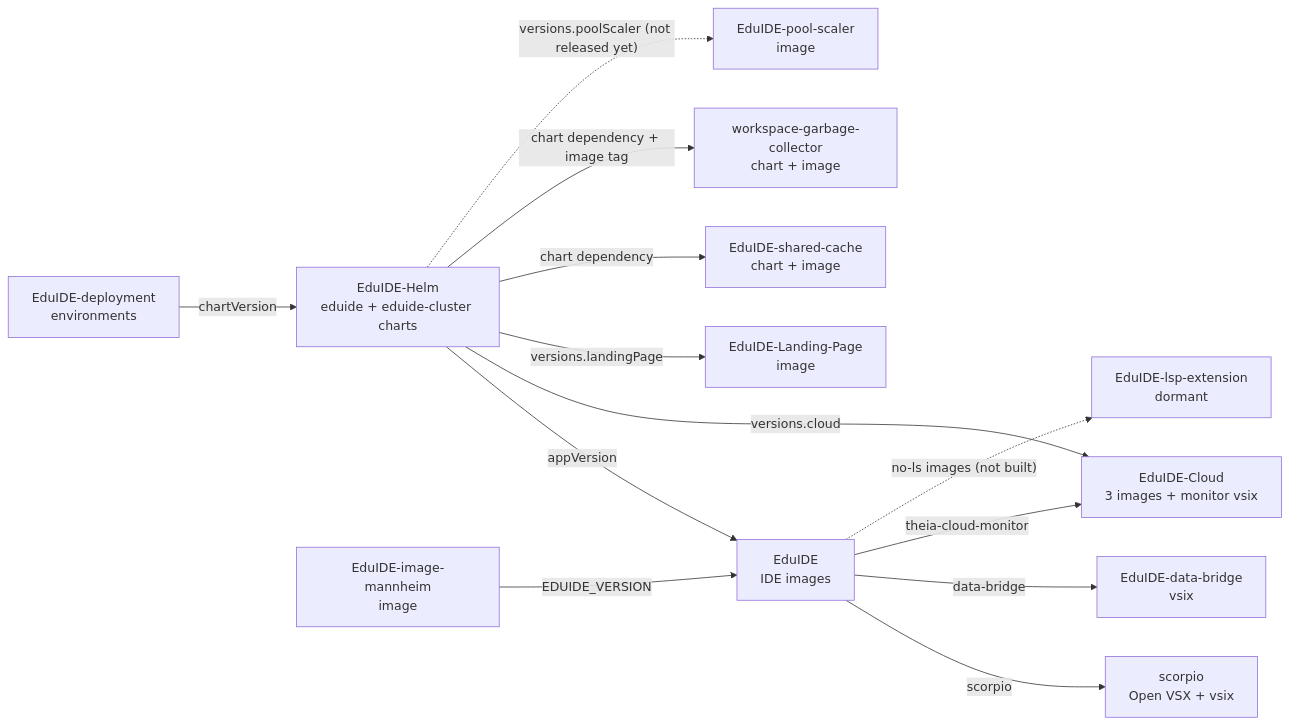
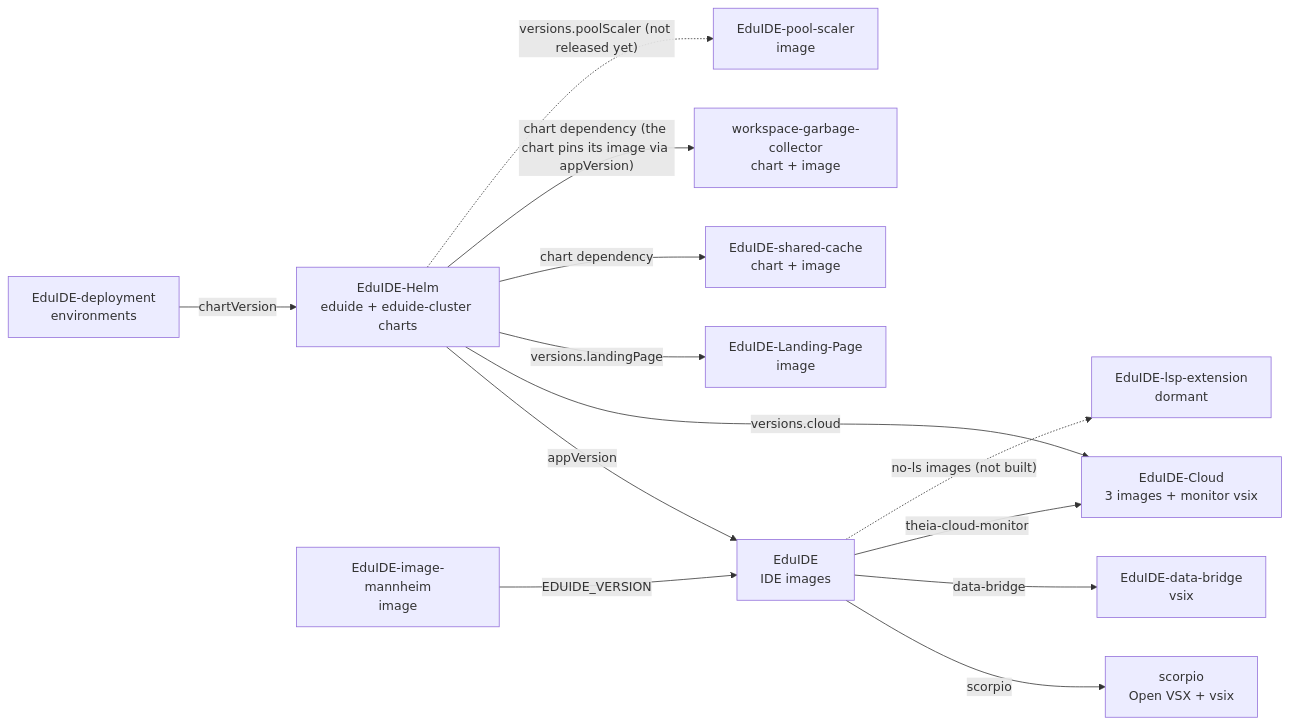
Before and after one commit to EduIDE/Docs: the diagram in docs/developer/guides/releases-and-dependencies.md, drawn with Mermaid. The commit also changed other lines of this file and 23 other files, not shown here.

````diff
--- a/docs/developer/guides/releases-and-dependencies.md
+++ b/docs/developer/guides/releases-and-dependencies.md
@@ -14,28 +14,28 @@
 ```mermaid
 flowchart LR
   scorpio["scorpio<br/>Open VSX + vsix"]
   bridge["EduIDE-data-bridge<br/>vsix"]
   cloud["EduIDE-Cloud<br/>3 images + monitor vsix"]
   landing["EduIDE-Landing-Page<br/>image"]
   ide["EduIDE<br/>IDE images"]
   gc["workspace-garbage-collector<br/>chart + image"]
   cache["EduIDE-shared-cache<br/>chart + image"]
   pool["EduIDE-pool-scaler<br/>image"]
   lsp["EduIDE-lsp-extension<br/>dormant"]
   helm["EduIDE-Helm<br/>eduide + eduide-cluster charts"]
   mannheim["EduIDE-image-mannheim<br/>image"]
   deploy["EduIDE-deployment<br/>environments"]
 
   ide -- "scorpio" --> scorpio
   ide -- "data-bridge" --> bridge
   ide -- "theia-cloud-monitor" --> cloud
   ide -. "no-ls images (not built)" .-> lsp
   helm -- "appVersion" --> ide
   helm -- "versions.cloud" --> cloud
   helm -- "versions.landingPage" --> landing
   helm -- "chart dependency" --> cache
-  helm -- "chart dependency + image tag" --> gc
+  helm -- "chart dependency (the chart pins its image via appVersion)" --> gc
   helm -. "versions.poolScaler (not released yet)" .-> pool
   mannheim -- "EDUIDE_VERSION" --> ide
   deploy -- "chartVersion" --> helm
 ```
````
